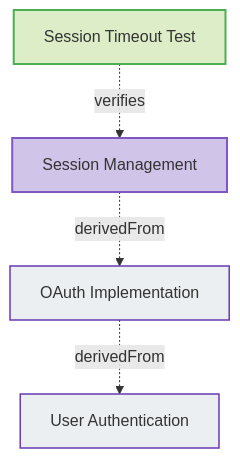
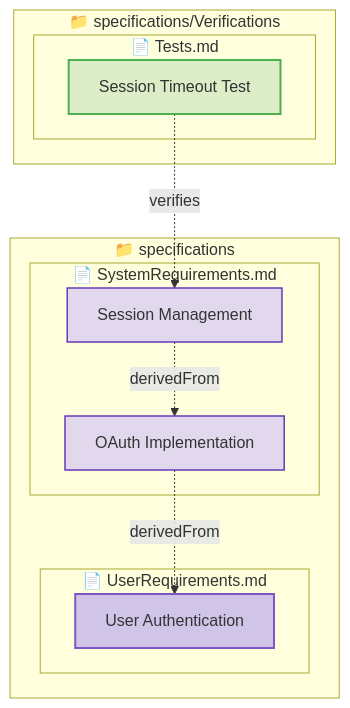
The second of 6 diagrams in tests/test-verification-traces/expected/expected_redundant_output.md (reqvire-org/reqvire), drawn with Mermaid before and after one commit. The commit also changed other lines of this file and 16 other files, not shown here.

First line of the commit message:
Add containment structure to all mermaid diagrams

````diff
--- a/tests/test-verification-traces/expected/expected_redundant_output.md
+++ b/tests/test-verification-traces/expected/expected_redundant_output.md
@@ -37,20 +49,32 @@
 ```mermaid
 graph TD
   classDef userRequirement fill:#D1C4E9,stroke:#7E57C2,stroke-width:2px;
   classDef systemRequirement fill:#E1D8EE,stroke:#673AB7,stroke-width:1.5px;
   classDef requirement fill:#ECEFF1,stroke:#673AB7,stroke-width:1.5px;
-  classDef verified fill:#D1C4E9,stroke:#7E57C2,stroke-width:2px;
   classDef verification fill:#DCEDC8,stroke:#4CAF50,stroke-width:2px;
+  classDef folder fill:#FAFAFA,stroke:#9E9E9E,stroke-width:3px;
+  classDef file fill:#FFF8E1,stroke:#FFCA28,stroke-width:2px;
+  classDef default fill:#F5F5F5,stroke:#424242,stroke-width:1.5px;
 
-  473f7ef449cf9463["Session Timeout Test"]:::verification
-  click 473f7ef449cf9463 "specifications/Verifications/Tests.md#session-timeout-test";
-  5a755bb51a740c10["Session Management"]:::verified
-  click 5a755bb51a740c10 "specifications/SystemRequirements.md#session-management";
+  subgraph b4c308bac4df6d65["📁 specifications"]
+    subgraph d76ffb0335b04f31["📄 SystemRequirements.md"]
+      d5a439e4972ea591["OAuth Implementation"]:::systemRequirement
+      click d5a439e4972ea591 "specifications/SystemRequirements.md#oauth-implementation";
+      5a755bb51a740c10["Session Management"]:::systemRequirement
+      click 5a755bb51a740c10 "specifications/SystemRequirements.md#session-management";
+    end
+    subgraph c057e38f409f215b["📄 UserRequirements.md"]
+      2934ea21a1d898a3["User Authentication"]:::userRequirement
+      click 2934ea21a1d898a3 "specifications/UserRequirements.md#user-authentication";
+    end
+  end
+  subgraph 186822cd467e0417["📁 specifications/Verifications"]
+    subgraph b64358bba6ee017f["📄 Tests.md"]
+      473f7ef449cf9463["Session Timeout Test"]:::verification
+      click 473f7ef449cf9463 "specifications/Verifications/Tests.md#session-timeout-test";
+    end
+  end
   473f7ef449cf9463 -.->|verifies| 5a755bb51a740c10;
-  d5a439e4972ea591["OAuth Implementation"]:::requirement
-  click d5a439e4972ea591 "specifications/SystemRequirements.md#oauth-implementation";
   5a755bb51a740c10 -.->|derivedFrom| d5a439e4972ea591;
-  2934ea21a1d898a3["User Authentication"]:::requirement
-  click 2934ea21a1d898a3 "specifications/UserRequirements.md#user-authentication";
   d5a439e4972ea591 -.->|derivedFrom| 2934ea21a1d898a3;
 ```
````
